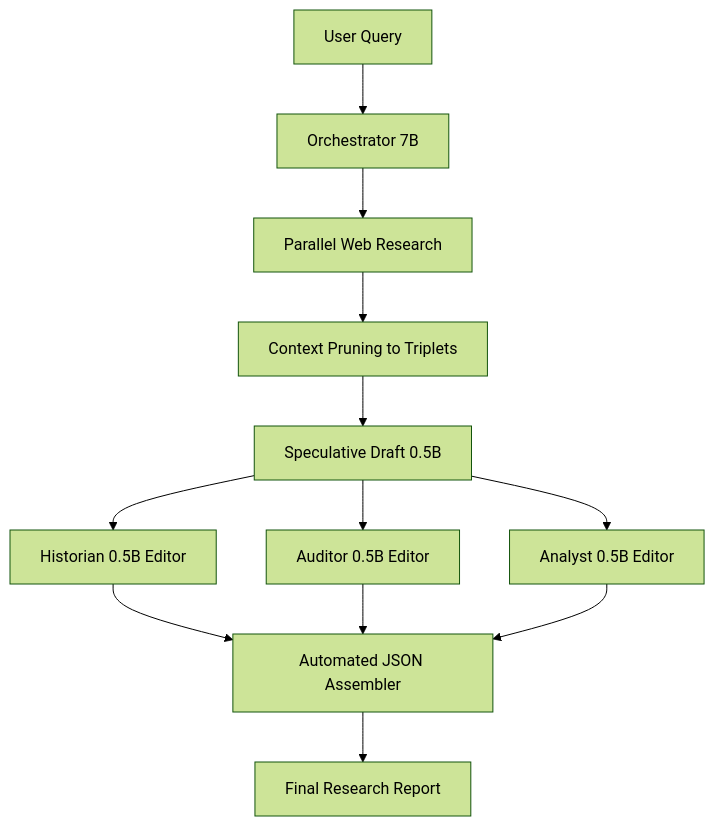
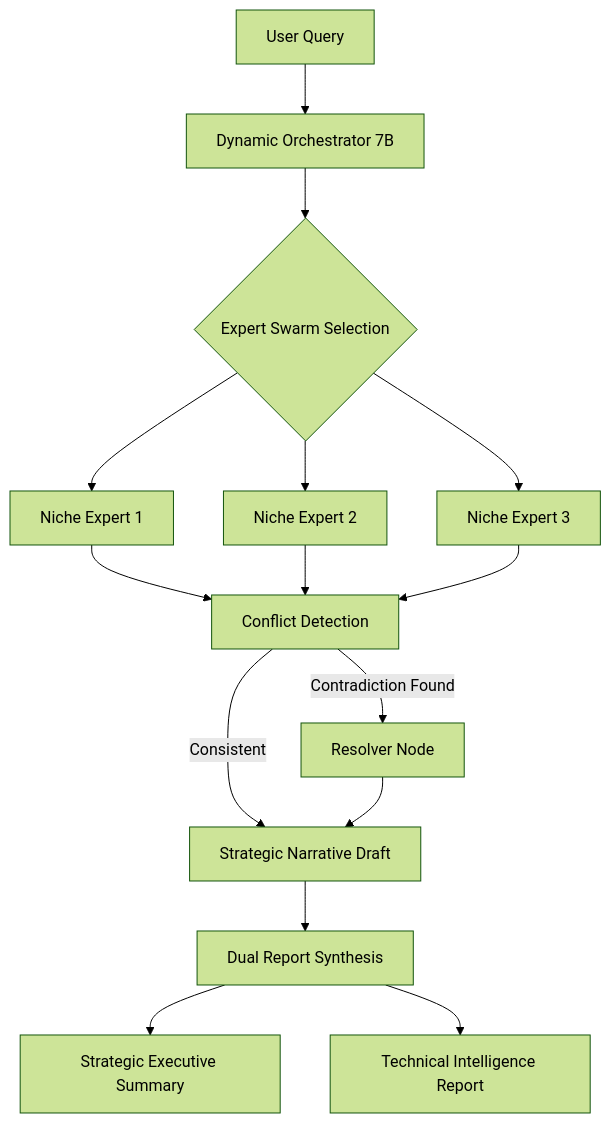
One commit to Jit-Paul-2008/Hexamind changed the diagram in README.md. Above: the diagram before and after it, drawn with Mermaid (forest theme). The commit also changed other lines of this file and 7 other files, not shown here.

````diff
--- a/README.md
+++ b/README.md
@@ -32,12 +35,15 @@
 ```mermaid
 graph TD
-    A[User Query] --> B[Orchestrator 7B]
-    B --> C[Parallel Web Research]
-    C --> D[Context Pruning to Triplets]
-    D --> E[Speculative Draft 0.5B]
-    E --> F[Historian 0.5B Editor]
-    E --> G[Auditor 0.5B Editor]
-    E --> H[Analyst 0.5B Editor]
-    F & G & H --> I[Automated JSON Assembler]
-    I --> J[Final Research Report]
+    A[User Query] --> B[Dynamic Orchestrator 7B]
+    B --> C{Expert Swarm Selection}
+    C --> D[Niche Expert 1]
+    C --> E[Niche Expert 2]
+    C --> F[Niche Expert 3]
+    D & E & F --> G[Conflict Detection]
+    G -- Contradiction Found --> H[Resolver Node]
+    G -- Consistent --> I[Strategic Narrative Draft]
+    H --> I
+    I --> J[Dual Report Synthesis]
+    J --> K[Strategic Executive Summary]
+    J --> L[Technical Intelligence Report]
 ```
````
